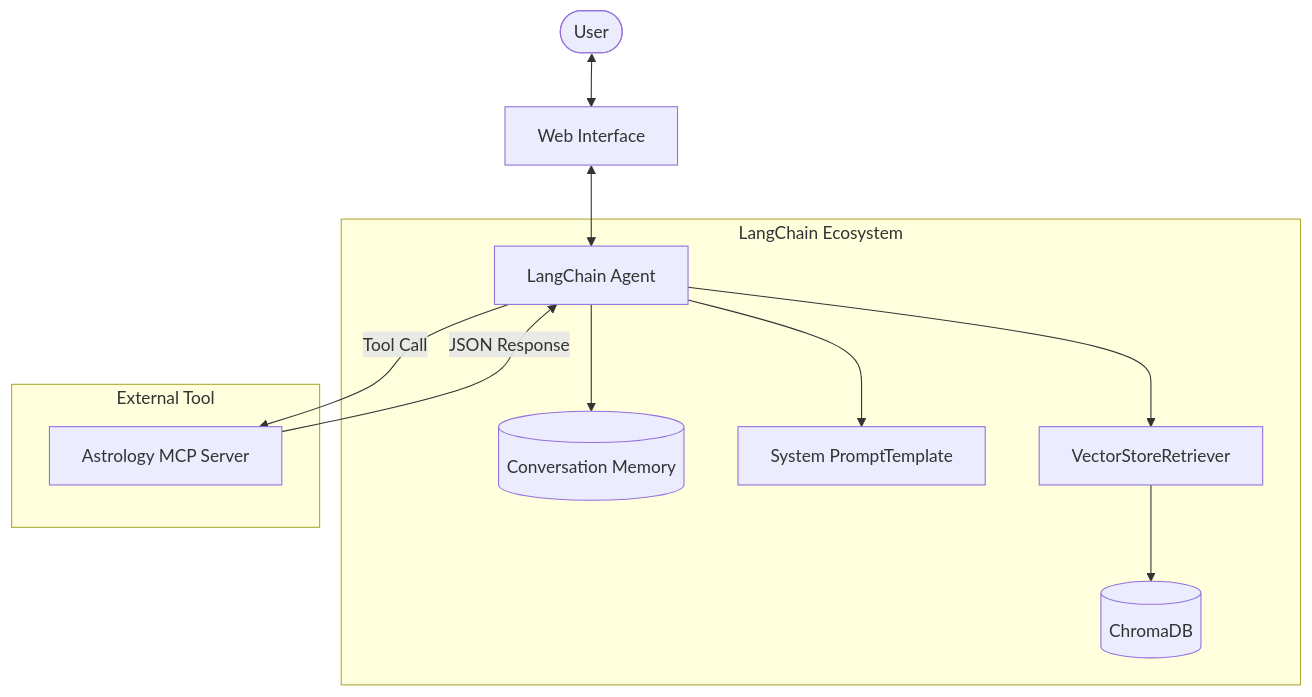
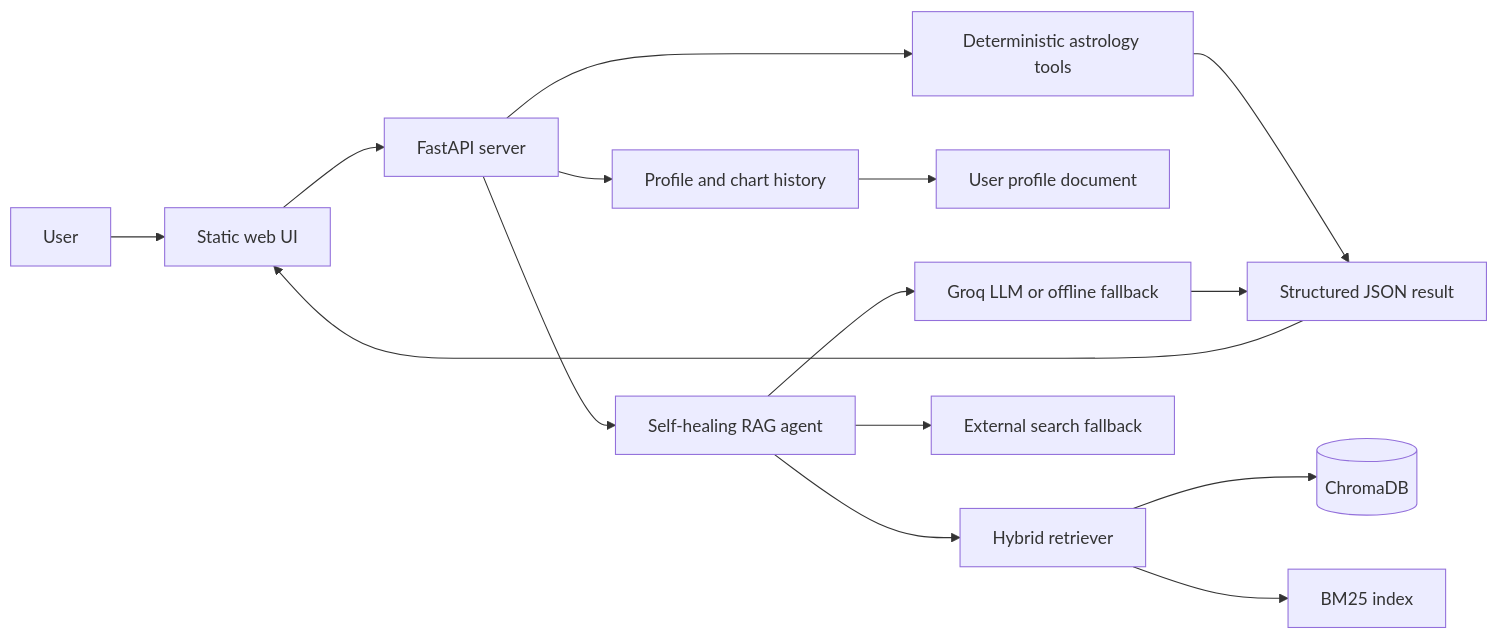
Before and after one commit to adityarana2610/AstroGuide: the diagram in README.md, drawn with Mermaid. The commit also changed other lines of this file and 3 other files, not shown here.

````diff
--- a/README.md
+++ b/README.md
@@ -20,17 +38,17 @@
 ```mermaid
-flowchart TD
-    User([User]) <--> UI[Web Interface]
-    UI <--> Agent[LangChain Agent]
-    
-    subgraph LangChain Ecosystem
-        Agent --> Mem[(Conversation Memory)]
-        Agent --> Prompt[System PromptTemplate]
-        Agent --> RAG[VectorStoreRetriever]
-        RAG --> DB[(ChromaDB)]
-    end
-    
-    subgraph External Tool
-        Agent -- Tool Call --> MCP[Astrology MCP Server]
-        MCP -- JSON Response --> Agent
-    end
+flowchart LR
+    U[User] --> UI[Static web UI]
+    UI --> API[FastAPI server]
+    API --> T[Deterministic astrology tools]
+    API --> P[Profile and chart history]
+    API --> RAG[Self-healing RAG agent]
+    P --> PD[User profile document]
+    RAG --> RET[Hybrid retriever]
+    RET --> CH[(ChromaDB)]
+    RET --> BM[BM25 index]
+    RAG --> LLM[Groq LLM or offline fallback]
+    RAG --> WEB[External search fallback]
+    T --> OUT[Structured JSON result]
+    LLM --> OUT
+    OUT --> UI
 ```
````
